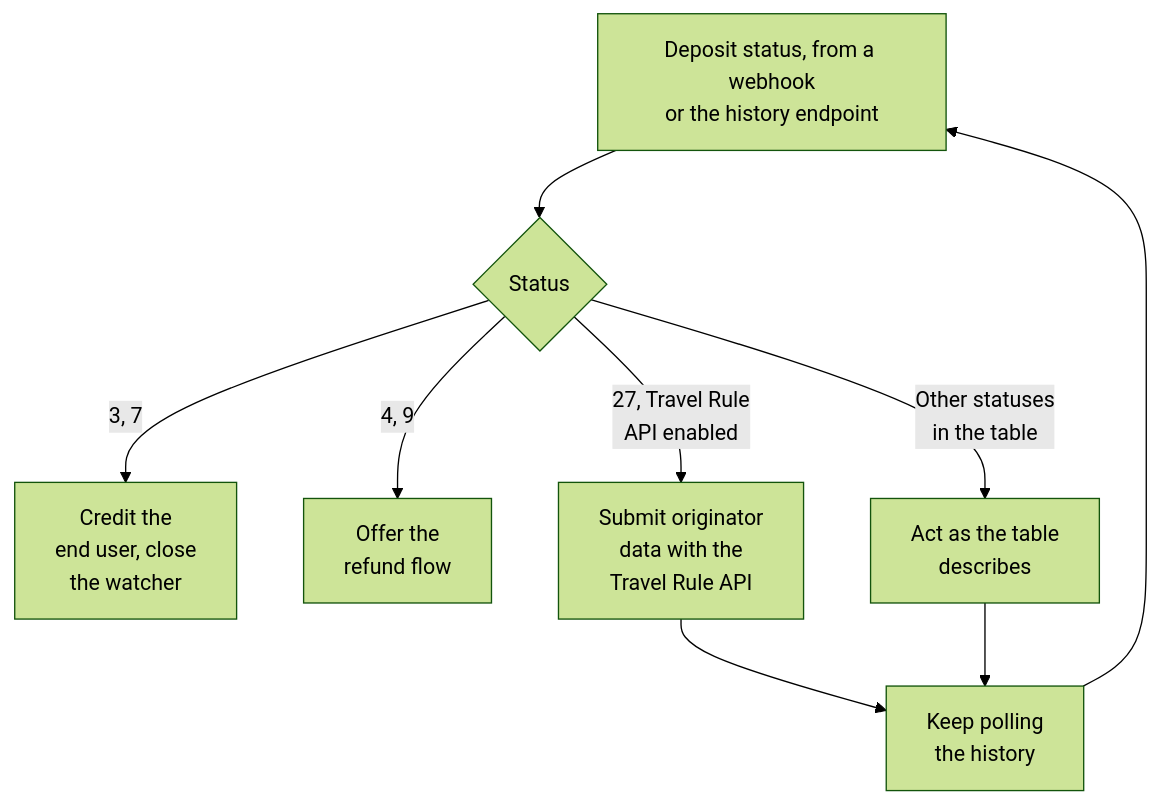
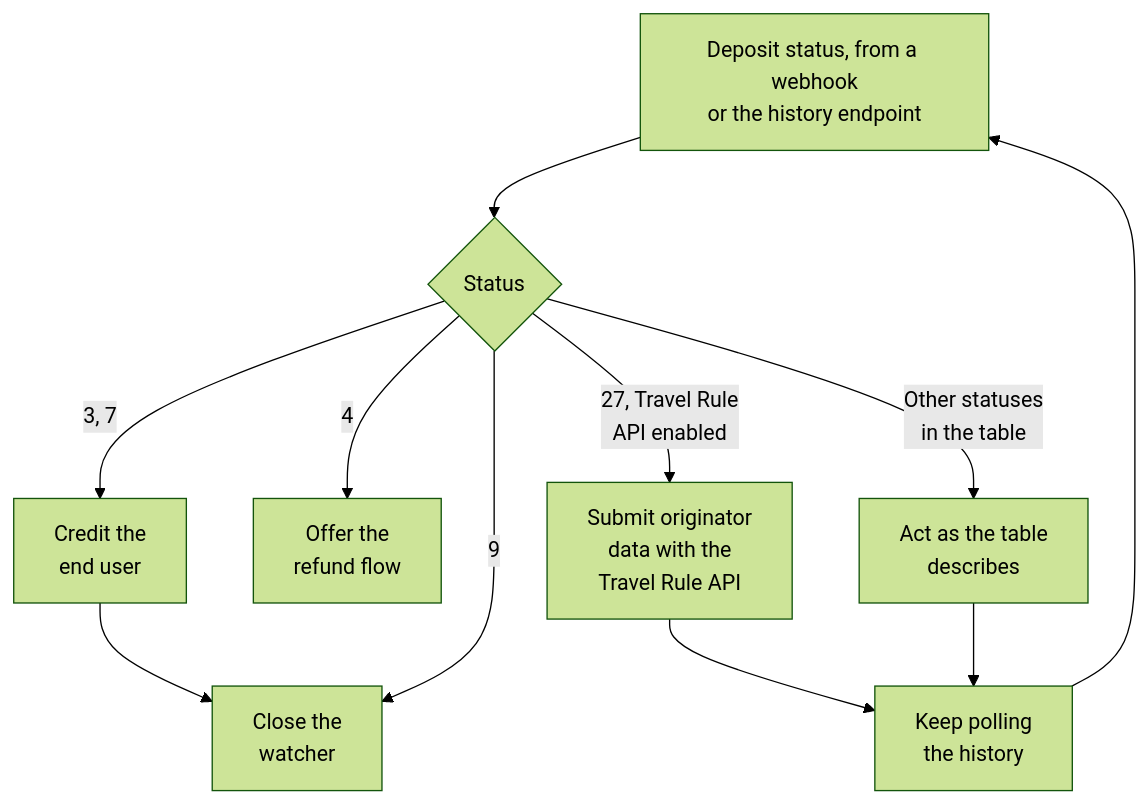
Before and after one commit to whitebit-exchange/docs: the fifth of 10 diagrams in guides/payment-integration.mdx, drawn with Mermaid (forest theme). The commit also changed other lines of this file and 14 other files, not shown here.

````diff
--- a/guides/payment-integration.mdx
+++ b/guides/payment-integration.mdx
@@ -334,11 +336,13 @@
 ```mermaid
 flowchart TD
     Start["Deposit status, from a webhook<br/>or the history endpoint"] --> Status{"Status"}
-    Status -->|"3, 7"| Credit["Credit the<br/>end user, close<br/>the watcher"]
-    Status -->|"4, 9"| Refund["Offer the<br/>refund flow"]
+    Status -->|"3, 7"| Credit["Credit the<br/>end user"]
+    Status -->|"4"| Refund["Offer the<br/>refund flow"]
+    Credit --> Closed["Close the<br/>watcher"]
+    Status -->|"9"| Closed
     Status -->|"27, Travel Rule<br/>API enabled"| TravelRuleApi["Submit originator<br/>data with the<br/>Travel Rule API"]
     Status -->|"Other statuses<br/>in the table"| Act["Act as the table<br/>describes"]
     TravelRuleApi --> Poll["Keep polling<br/>the history"]
     Act --> Poll
     Poll --> Start
 ```
````
